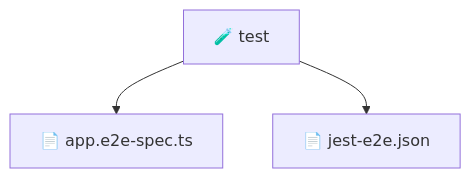
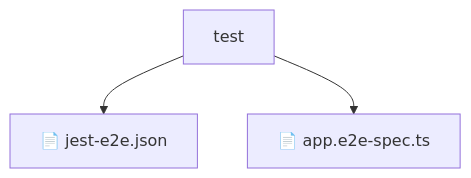
One commit to beginwebdev2002/fullstack-mavluda changed the diagram in backend/test/README.md. Above: the diagram before and after it, drawn with Mermaid. The commit also changed other lines of this file and 155 other files, not shown here.

````diff
--- a/backend/test/README.md
+++ b/backend/test/README.md
@@ -9,6 +14,6 @@
 ```mermaid
 graph TD
-  Root["🧪 test"]
-  Root --> appe2espects["📄 app.e2e-spec.ts"]
-  Root --> jeste2ejson["📄 jest-e2e.json"]
+    Root[test]
+    Root --> F0[📄 jest-e2e.json]
+    Root --> F1[📄 app.e2e-spec.ts]
 ```
````
